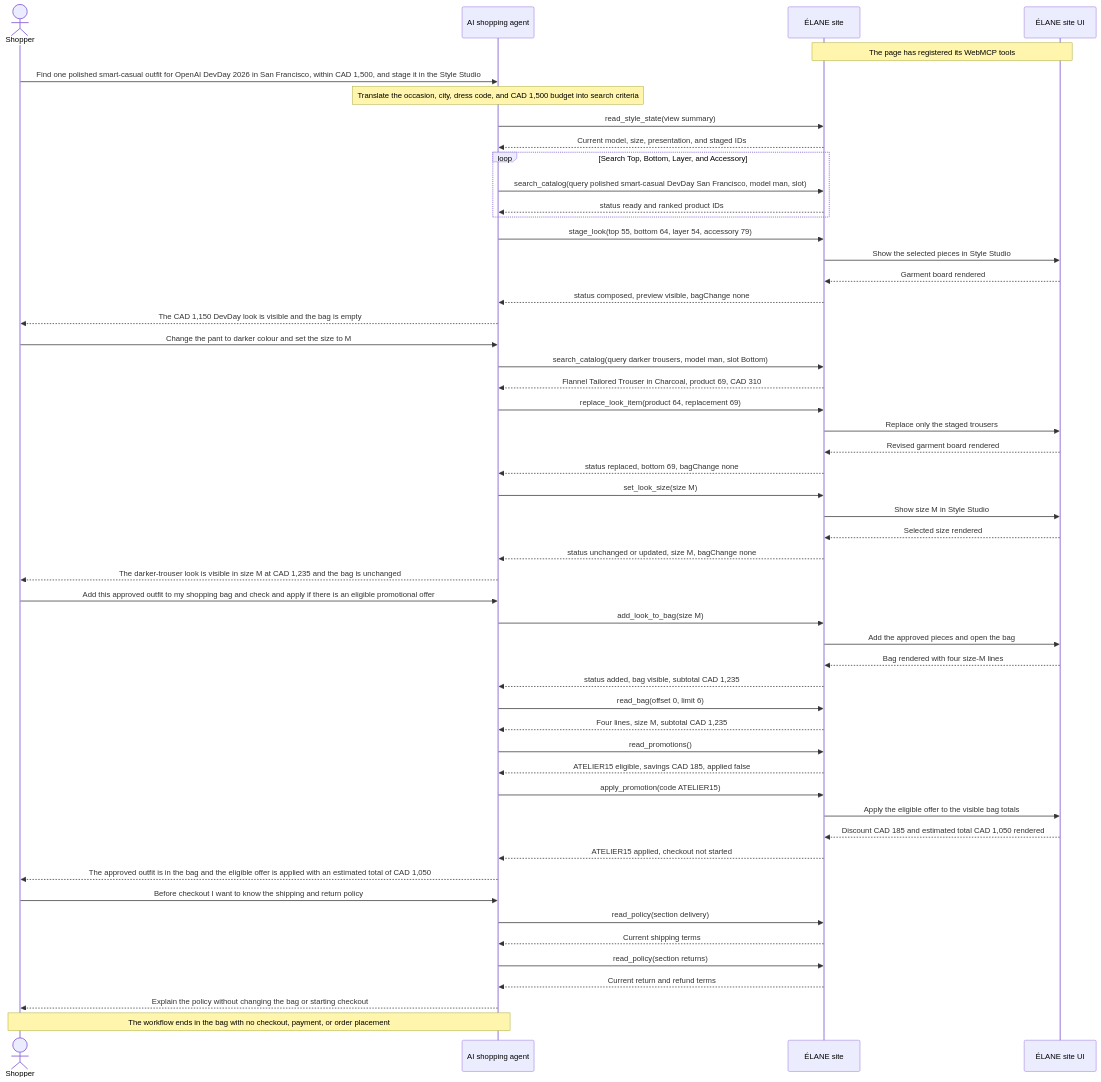
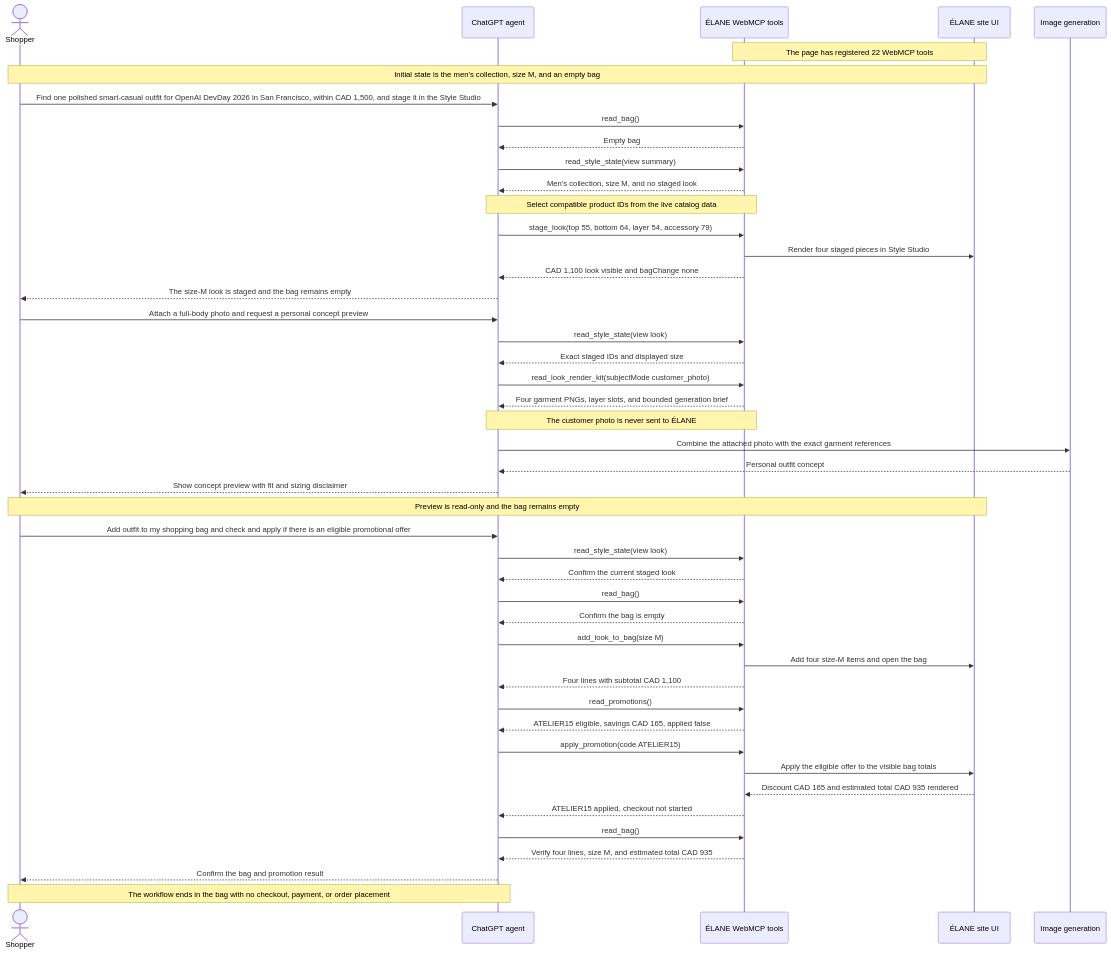
Before and after one commit to karanrajs/elane-webmcp-boutique: the diagram in README.md, drawn with Mermaid. The commit also changed other lines of this file and 102 other files, not shown here.

Commit message:
Publish final WebMCP demo and portable local build

````diff
--- a/README.md
+++ b/README.md
@@ -214,62 +238,52 @@
 ```mermaid
 sequenceDiagram
     actor Shopper
-    participant Agent as AI shopping agent
-    participant Site as ÉLANE site
+    participant Agent as ChatGPT agent
+    participant Site as ÉLANE WebMCP tools
     participant UI as ÉLANE site UI
+    participant Image as Image generation
 
-    Note over Site,UI: The page has registered its WebMCP tools
+    Note over Site,UI: The page has registered 22 WebMCP tools
+    Note over Shopper,UI: Initial state is the men's collection, size M, and an empty bag
     Shopper->>Agent: Find one polished smart-casual outfit for OpenAI DevDay 2026 in San Francisco, within CAD 1,500, and stage it in the Style Studio
-    Note over Agent: Translate the occasion, city, dress code, and CAD 1,500 budget into search criteria
+    Agent->>Site: read_bag()
+    Site-->>Agent: Empty bag
+    Agent->>Site: read_style_state(view summary)
+    Site-->>Agent: Men's collection, size M, and no staged look
+    Note over Agent,Site: Select compatible product IDs from the live catalog data
+    Agent->>Site: stage_look(top 55, bottom 64, layer 54, accessory 79)
+    Site->>UI: Render four staged pieces in Style Studio
+    Site-->>Agent: CAD 1,100 look visible and bagChange none
+    Agent-->>Shopper: The size-M look is staged and the bag remains empty
 
-    Agent->>Site: read_style_state(view summary)
-    Site-->>Agent: Current model, size, presentation, and staged IDs
+    Shopper->>Agent: Attach a full-body photo and request a personal concept preview
+    Agent->>Site: read_style_state(view look)
+    Site-->>Agent: Exact staged IDs and displayed size
+    Agent->>Site: read_look_render_kit(subjectMode customer_photo)
+    Site-->>Agent: Four garment PNGs, layer slots, and bounded generation brief
+    Note over Site,Agent: The customer photo is never sent to ÉLANE
+    Agent->>Image: Combine the attached photo with the exact garment references
+    Image-->>Agent: Personal outfit concept
+    Agent-->>Shopper: Show concept preview with fit and sizing disclaimer
+    Note over Shopper,UI: Preview is read-only and the bag remains empty
 
-    loop Search Top, Bottom, Layer, and Accessory
-        Agent->>Site: search_catalog(query polished smart-casual DevDay San Francisco, model man, slot)
-        Site-->>Agent: status ready and ranked product IDs
-    end
-
-    Agent->>Site: stage_look(top 55, bottom 64, layer 54, accessory 79)
-    Site->>UI: Show the selected pieces in Style Studio
-    UI-->>Site: Garment board rendered
-    Site-->>Agent: status composed, preview visible, bagChange none
-    Agent-->>Shopper: The CAD 1,150 DevDay look is visible and the bag is empty
-
-    Shopper->>Agent: Change the pant to darker colour and set the size to M
-    Agent->>Site: search_catalog(query darker trousers, model man, slot Bottom)
-    Site-->>Agent: Flannel Tailored Trouser in Charcoal, product 69, CAD 310
-    Agent->>Site: replace_look_item(product 64, replacement 69)
-    Site->>UI: Replace only the staged trousers
-    UI-->>Site: Revised garment board rendered
-    Site-->>Agent: status replaced, bottom 69, bagChange none
-    Agent->>Site: set_look_size(size M)
-    Site->>UI: Show size M in Style Studio
-    UI-->>Site: Selected size rendered
-    Site-->>Agent: status unchanged or updated, size M, bagChange none
-    Agent-->>Shopper: The darker-trouser look is visible in size M at CAD 1,235 and the bag is unchanged
-
-    Shopper->>Agent: Add this approved outfit to my shopping bag and check and apply if there is an eligible promotional offer
+    Shopper->>Agent: Add outfit to my shopping bag and check and apply if there is an eligible promotional offer
+    Agent->>Site: read_style_state(view look)
+    Site-->>Agent: Confirm the current staged look
+    Agent->>Site: read_bag()
+    Site-->>Agent: Confirm the bag is empty
     Agent->>Site: add_look_to_bag(size M)
-    Site->>UI: Add the approved pieces and open the bag
-    UI-->>Site: Bag rendered with four size-M lines
-    Site-->>Agent: status added, bag visible, subtotal CAD 1,235
-    Agent->>Site: read_bag(offset 0, limit 6)
-    Site-->>Agent: Four lines, size M, subtotal CAD 1,235
+    Site->>UI: Add four size-M items and open the bag
+    Site-->>Agent: Four lines with subtotal CAD 1,100
     Agent->>Site: read_promotions()
-    Site-->>Agent: ATELIER15 eligible, savings CAD 185, applied false
+    Site-->>Agent: ATELIER15 eligible, savings CAD 165, applied false
     Agent->>Site: apply_promotion(code ATELIER15)
     Site->>UI: Apply the eligible offer to the visible bag totals
-    UI-->>Site: Discount CAD 185 and estimated total CAD 1,050 rendered
+    UI-->>Site: Discount CAD 165 and estimated total CAD 935 rendered
     Site-->>Agent: ATELIER15 applied, checkout not started
-    Agent-->>Shopper: The approved outfit is in the bag and the eligible offer is applied with an estimated total of CAD 1,050
-
-    Shopper->>Agent: Before checkout I want to know the shipping and return policy
-    Agent->>Site: read_policy(section delivery)
-    Site-->>Agent: Current shipping terms
-    Agent->>Site: read_policy(section returns)
-    Site-->>Agent: Current return and refund terms
-    Agent-->>Shopper: Explain the policy without changing the bag or starting checkout
+    Agent->>Site: read_bag()
+    Site-->>Agent: Verify four lines, size M, and estimated total CAD 935
+    Agent-->>Shopper: Confirm the bag and promotion result
 
     Note over Shopper,Agent: The workflow ends in the bag with no checkout, payment, or order placement
 ```
````
